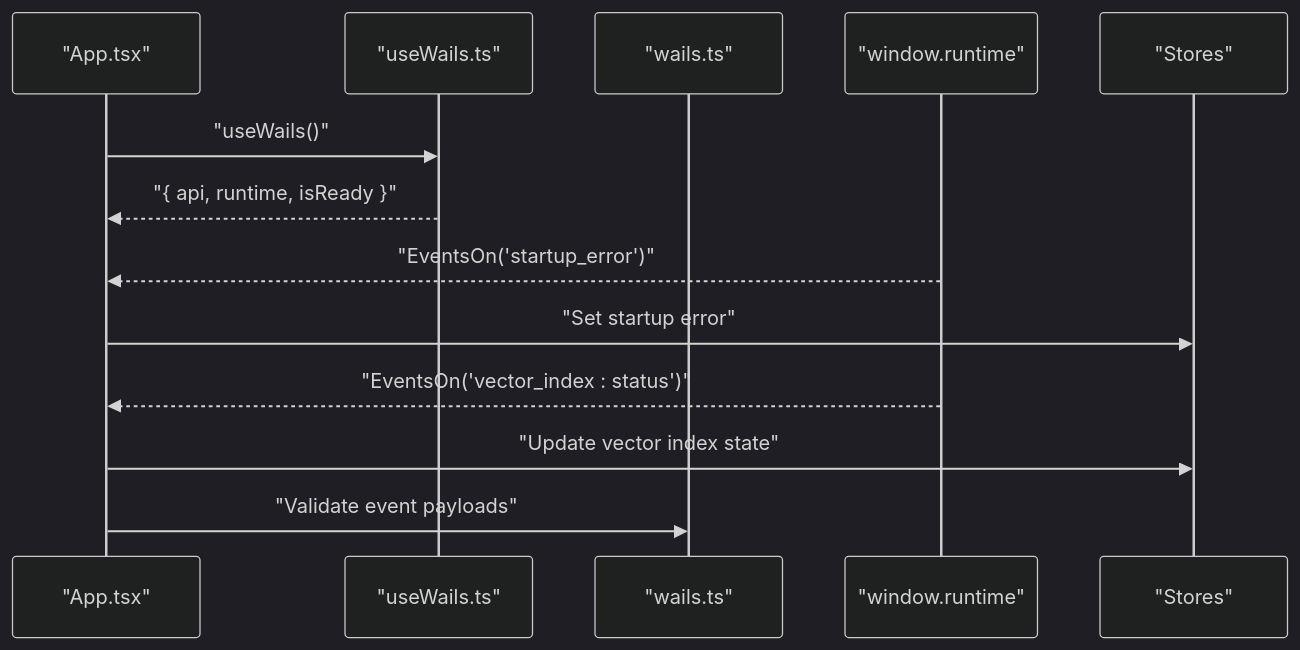
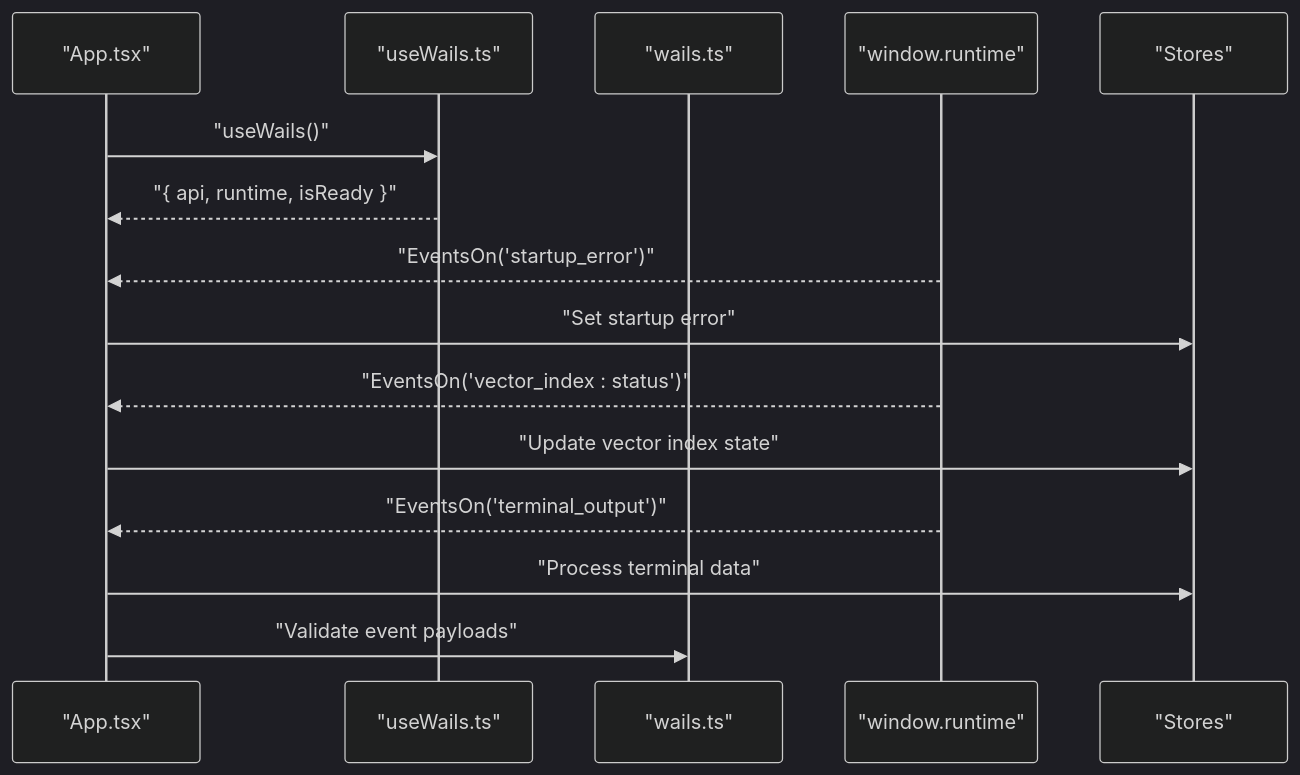
The tenth of 11 diagrams in .qoder/repowiki/en/content/Frontend Application/Frontend Application.md (v0lka/c0wrk), drawn with Mermaid (dark theme) before and after one commit. The commit also changed other lines of this file and 52 other files, not shown here.

````diff
--- a/.qoder/repowiki/en/content/Frontend Application/Frontend Application.md
+++ b/.qoder/repowiki/en/content/Frontend Application/Frontend Application.md
@@ -264,15 +381,17 @@
 ```mermaid
 sequenceDiagram
 participant App as "App.tsx"
 participant Hook as "useWails.ts"
 participant Types as "wails.ts"
 participant Runtime as "window.runtime"
 participant Store as "Stores"
 App->>Hook : "useWails()"
 Hook-->>App : "{ api, runtime, isReady }"
 Runtime-->>App : "EventsOn('startup_error')"
 App->>Store : "Set startup error"
 Runtime-->>App : "EventsOn('vector_index : status')"
 App->>Store : "Update vector index state"
+Runtime-->>App : "EventsOn('terminal_output')"
+App->>Store : "Process terminal data"
 App->>Types : "Validate event payloads"
 ```
````
